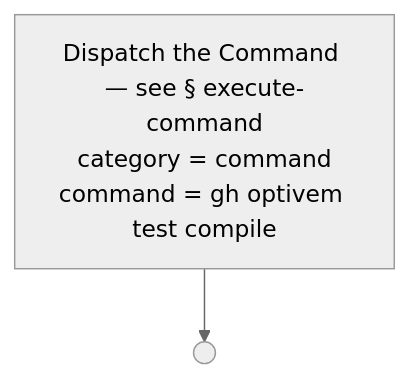
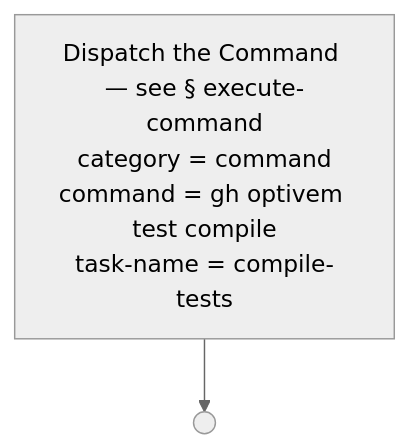
Diagram 37 of 51 in docs/process-diagram.md (optivem/gh-optivem), drawn with Mermaid (neutral theme) before and after one commit. The commit also changed other lines of this file and 6 other files, not shown here.

Commit message:
atdd: regenerate process-flow diagram

````diff
--- a/docs/process-diagram.md
+++ b/docs/process-diagram.md
@@ -691,7 +691,7 @@
 ```mermaid
 flowchart TD
-    EXECUTE_COMMAND["Dispatch the Command — see § execute-command<br/>category = command<br/>command = gh optivem test compile"]
+    EXECUTE_COMMAND["Dispatch the Command — see § execute-command<br/>category = command<br/>command = gh optivem test compile<br/>task-name = compile-tests"]
     COMPILE_TESTS_END(( ))
 
     EXECUTE_COMMAND --> COMPILE_TESTS_END
 ```
````
